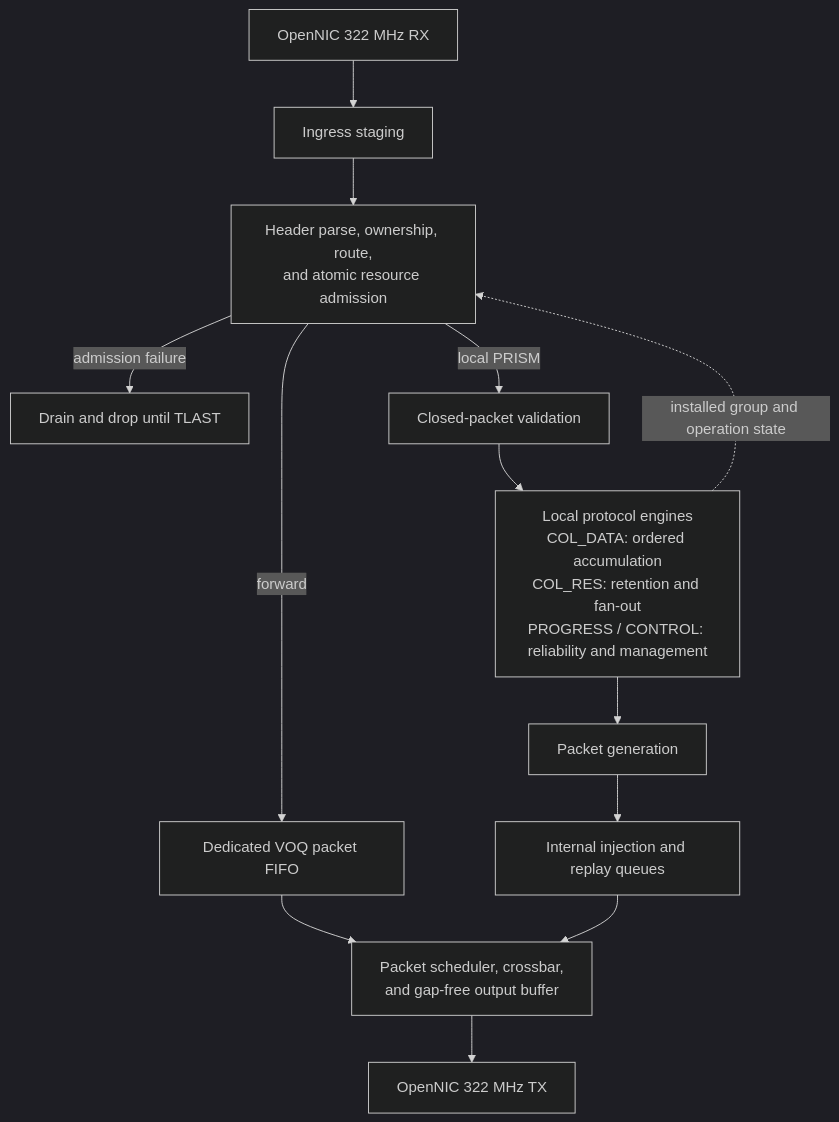
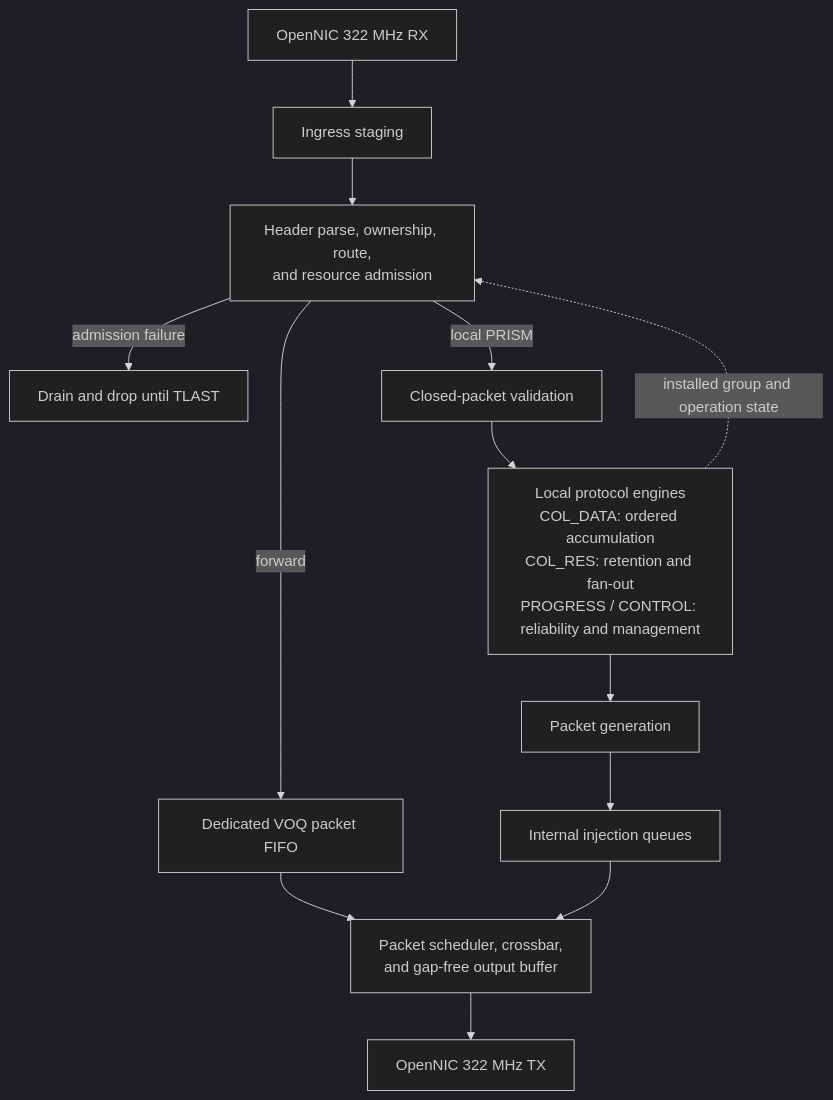
One commit to uniquadev/prism changed the diagram in docs/chapters/3-architecture/2.pipeline.md. Above: the diagram before and after it, drawn with Mermaid (dark theme). The commit also changed other lines of this file, not shown here.

````diff
--- a/docs/chapters/3-architecture/2.pipeline.md
+++ b/docs/chapters/3-architecture/2.pipeline.md
@@ -85,18 +86,18 @@
 ```mermaid
 flowchart TB
     RX["OpenNIC 322 MHz RX"] --> IB["Ingress staging"]
-    IB --> HC["Header parse, ownership, route,<br/>and atomic resource admission"]
+    IB --> HC["Header parse, ownership, route,<br/>and resource admission"]
     HC -->|admission failure| DR["Drain and drop until TLAST"]
 
     HC -->|forward| FP["Dedicated VOQ packet FIFO"]
     FP --> SW["Packet scheduler, crossbar,<br/>and gap-free output buffer"]
 
     HC -->|local PRISM| PV["Closed-packet validation"]
     PV --> LE["Local protocol engines<br/>COL_DATA: ordered accumulation<br/>COL_RES: retention and fan-out<br/>PROGRESS / CONTROL: reliability and management"]
     LE --> PG["Packet generation"]
-    PG --> IQ["Internal injection and replay queues"]
+    PG --> IQ["Internal injection queues"]
     IQ --> SW
 
     LE -. installed group and operation state .-> HC
     SW --> TX["OpenNIC 322 MHz TX"]
 ```
````
